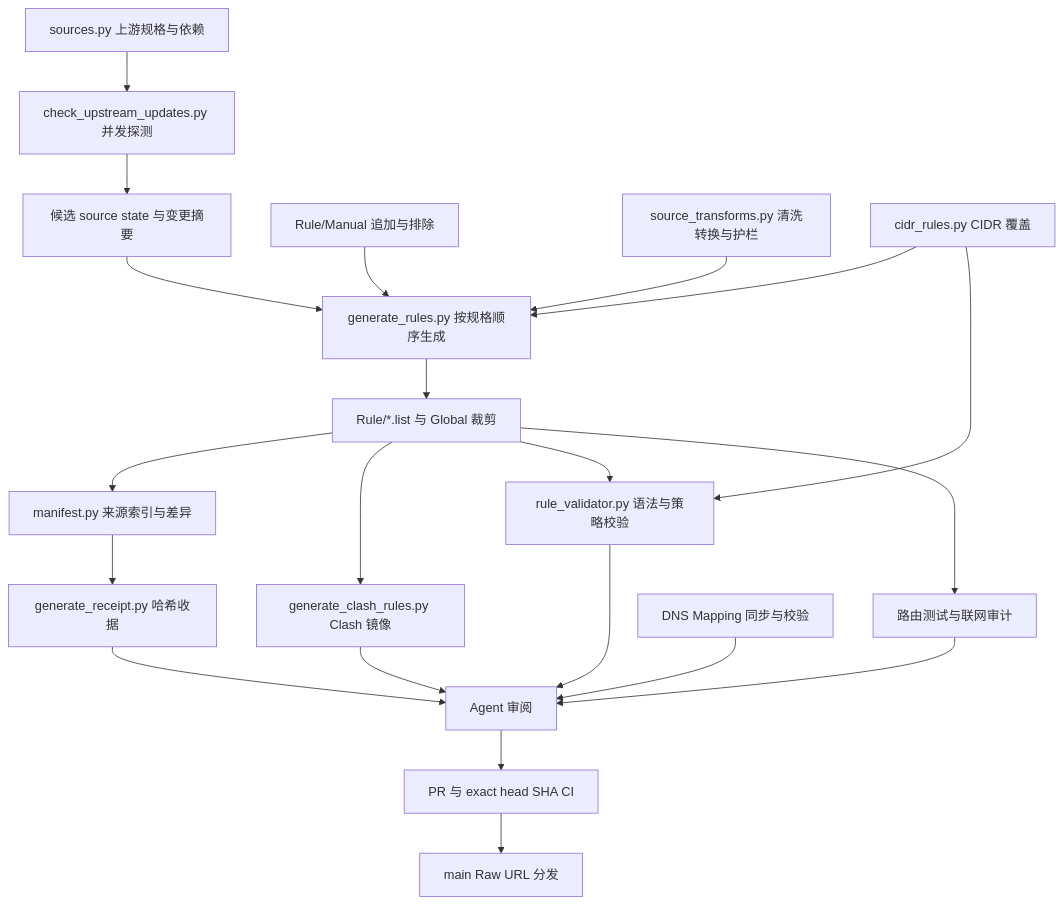
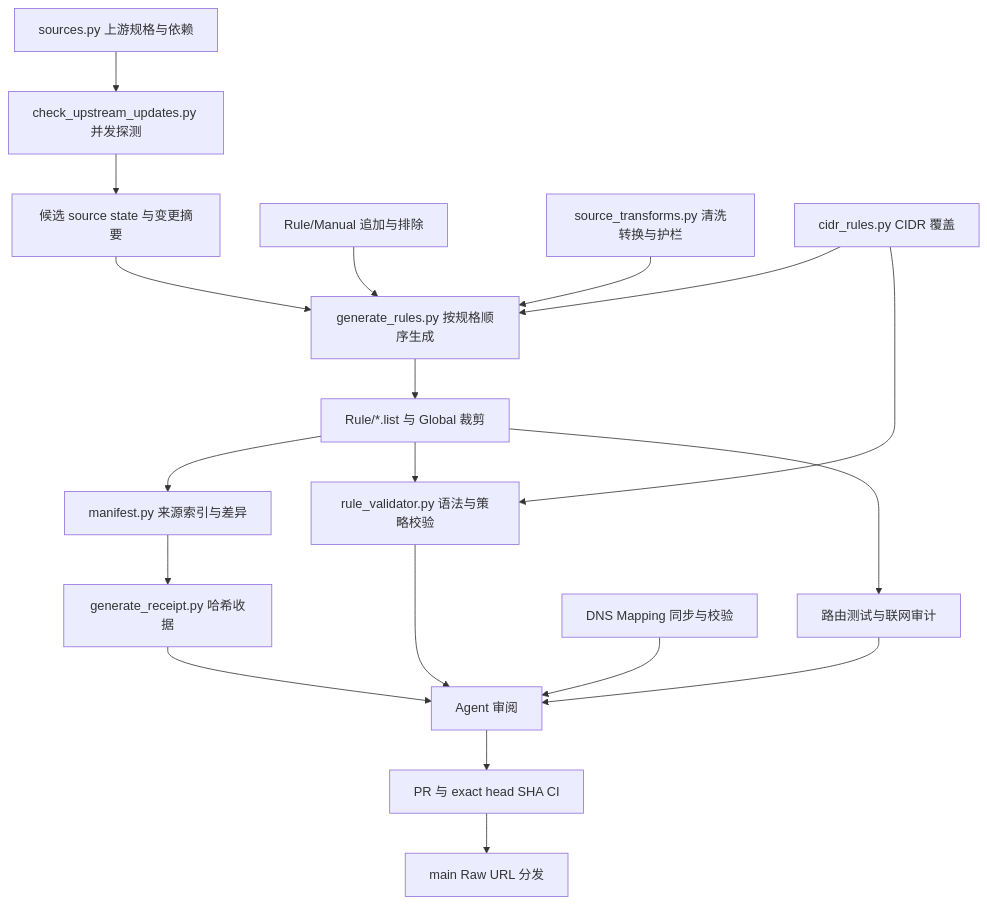
Before and after one commit to linnux-x/surge: the diagram in ARCHITECTURE.md, drawn with Mermaid. The commit also changed other lines of this file and 44 other files, not shown here.

````diff
--- a/ARCHITECTURE.md
+++ b/ARCHITECTURE.md
@@ -13,23 +13,21 @@
 ```mermaid
 flowchart TD
     S[sources.py 上游规格与依赖] --> U[check_upstream_updates.py 并发探测]
     U --> N[候选 source state 与变更摘要]
     N --> G[generate_rules.py 按规格顺序生成]
     M[Rule/Manual 追加与排除] --> G
     T[source_transforms.py 清洗转换与护栏] --> G
     C[cidr_rules.py CIDR 覆盖] --> G
     C --> V[rule_validator.py 语法与策略校验]
     G --> R[Rule/*.list 与 Global 裁剪]
     R --> MF[manifest.py 来源索引与差异]
-    R --> CL[generate_clash_rules.py Clash 镜像]
     MF --> RC[generate_receipt.py 哈希收据]
     R --> V
     R --> RT[路由测试与联网审计]
     D[DNS Mapping 同步与校验] --> REVIEW[Agent 审阅]
     V --> REVIEW
     RT --> REVIEW
-    CL --> REVIEW
     RC --> REVIEW
     REVIEW --> PR[PR 与 exact head SHA CI]
     PR --> MAIN[main Raw URL 分发]
 ```
````
